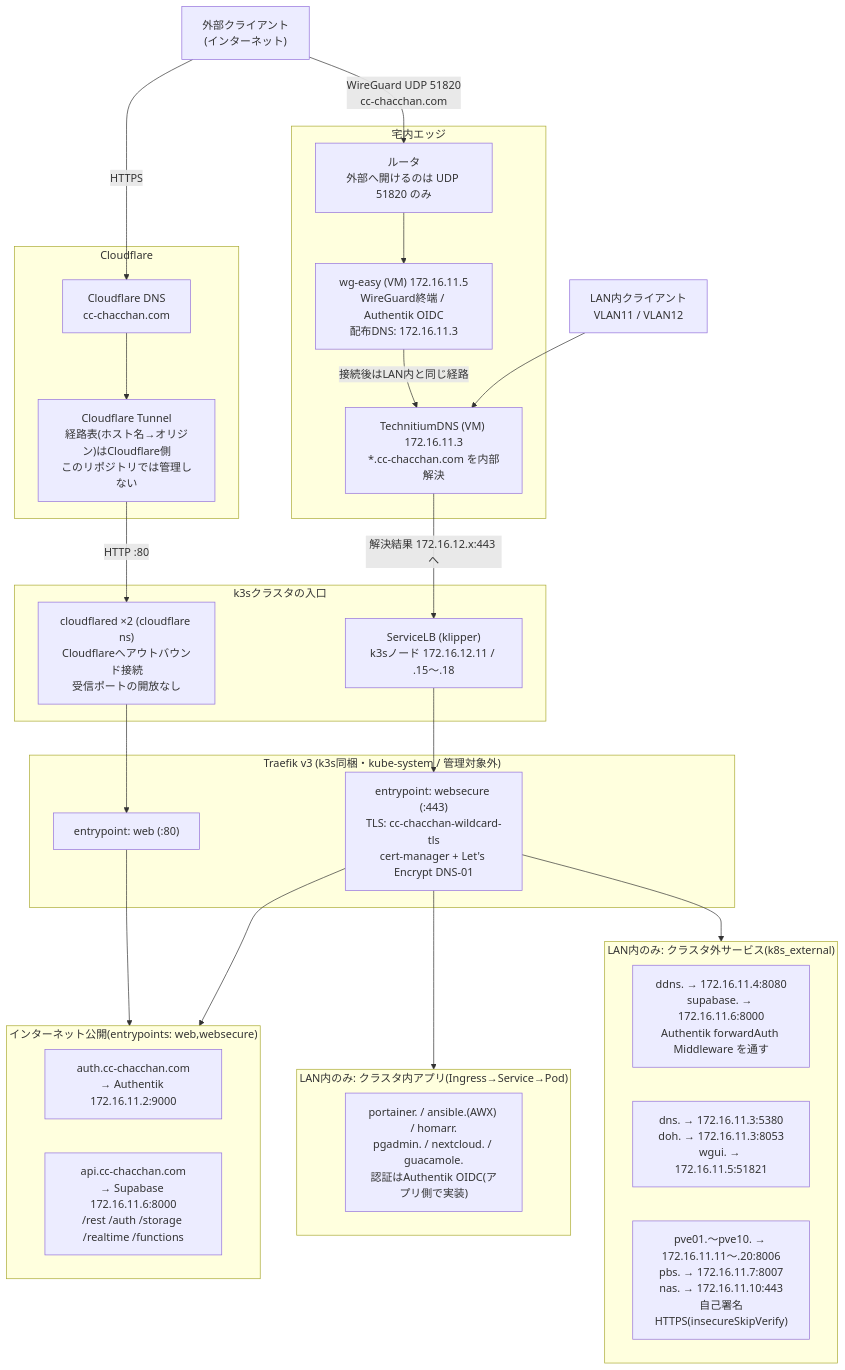
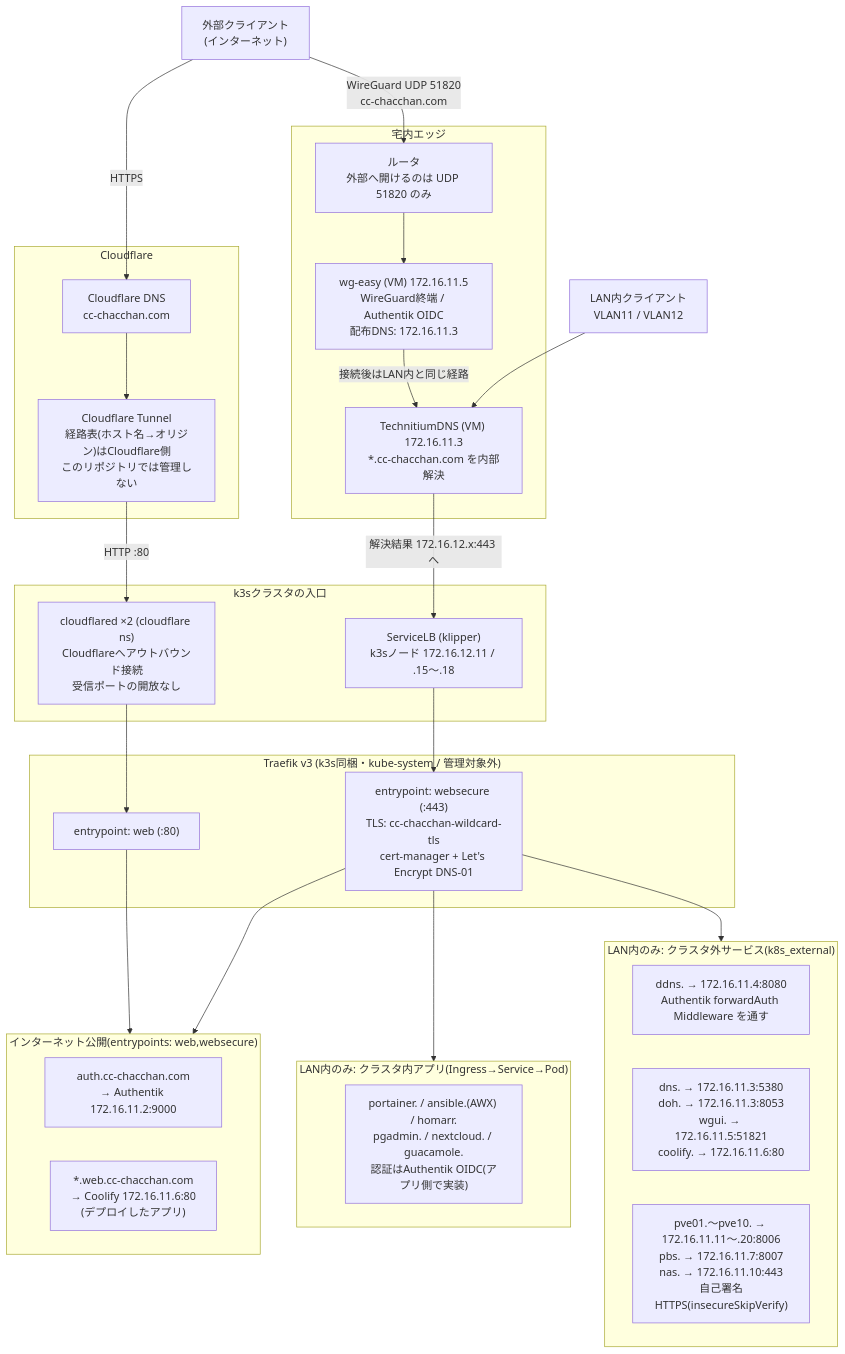
The second of 2 diagrams in infrastructure.md (CHACCHAN/infrastructure), drawn with Mermaid before and after one commit. The commit also changed other lines of this file and 44 other files, not shown here.

````diff
--- a/infrastructure.md
+++ b/infrastructure.md
@@ -95,54 +95,54 @@
 ```mermaid
 flowchart TB
   C_EXT["外部クライアント<br>(インターネット)"]
   C_LAN["LAN内クライアント<br>VLAN11 / VLAN12"]
 
   subgraph cloudflare["Cloudflare"]
     CF_DNS["Cloudflare DNS<br>cc-chacchan.com"]
     CF_TUNNEL["Cloudflare Tunnel<br>経路表(ホスト名→オリジン)はCloudflare側<br>このリポジトリでは管理しない"]
   end
 
   subgraph edge["宅内エッジ"]
     ROUTER["ルータ<br>外部へ開けるのは UDP 51820 のみ"]
     WG["wg-easy (VM) 172.16.11.5<br>WireGuard終端 / Authentik OIDC<br>配布DNS: 172.16.11.3"]
     DNS["TechnitiumDNS (VM) 172.16.11.3<br>*.cc-chacchan.com を内部解決"]
   end
 
   subgraph entry["k3sクラスタの入口"]
     CFD["cloudflared ×2 (cloudflare ns)<br>Cloudflareへアウトバウンド接続<br>受信ポートの開放なし"]
     SLB["ServiceLB (klipper)<br>k3sノード 172.16.12.11 / .15〜.18"]
   end
 
   subgraph traefik["Traefik v3 (k3s同梱・kube-system / 管理対象外)"]
     EP_WEB["entrypoint: web (:80)"]
     EP_SEC["entrypoint: websecure (:443)<br>TLS: cc-chacchan-wildcard-tls<br>cert-manager + Let's Encrypt DNS-01"]
   end
 
   subgraph pub["インターネット公開(entrypoints: web,websecure)"]
     H_AUTH["auth.cc-chacchan.com<br>→ Authentik 172.16.11.2:9000"]
-    H_API["api.cc-chacchan.com<br>→ Supabase 172.16.11.6:8000<br>/rest /auth /storage /realtime /functions"]
+    H_WEB["*.web.cc-chacchan.com<br>→ Coolify 172.16.11.6:80<br>(デプロイしたアプリ)"]
   end
 
   subgraph lan_app["LAN内のみ: クラスタ内アプリ(Ingress→Service→Pod)"]
     A_APPS["portainer. / ansible.(AWX) / homarr.<br>pgadmin. / nextcloud. / guacamole.<br>認証はAuthentik OIDC(アプリ側で実装)"]
   end
 
   subgraph lan_ext["LAN内のみ: クラスタ外サービス(k8s_external)"]
-    E_FWD["ddns. → 172.16.11.4:8080<br>supabase. → 172.16.11.6:8000<br>Authentik forwardAuth Middleware を通す"]
-    E_NET["dns. → 172.16.11.3:5380<br>doh. → 172.16.11.3:8053<br>wgui. → 172.16.11.5:51821"]
+    E_FWD["ddns. → 172.16.11.4:8080<br>Authentik forwardAuth Middleware を通す"]
+    E_NET["dns. → 172.16.11.3:5380<br>doh. → 172.16.11.3:8053<br>wgui. → 172.16.11.5:51821<br>coolify. → 172.16.11.6:80"]
     E_INFRA["pve01.〜pve10. → 172.16.11.11〜.20:8006<br>pbs. → 172.16.11.7:8007<br>nas. → 172.16.11.10:443<br>自己署名HTTPS(insecureSkipVerify)"]
   end
 
   C_EXT -->|"HTTPS"| CF_DNS
   C_EXT -->|"WireGuard UDP 51820<br>cc-chacchan.com"| ROUTER
   CF_DNS --> CF_TUNNEL
   CF_TUNNEL -->|"HTTP :80"| CFD
   CFD --> EP_WEB
   ROUTER --> WG
   WG -->|"接続後はLAN内と同じ経路"| DNS
   C_LAN --> DNS
   DNS -->|"解決結果 172.16.12.x:443 へ"| SLB
   SLB --> EP_SEC
   EP_WEB --> pub
   EP_SEC --> pub & lan_app & lan_ext
 ```
````
